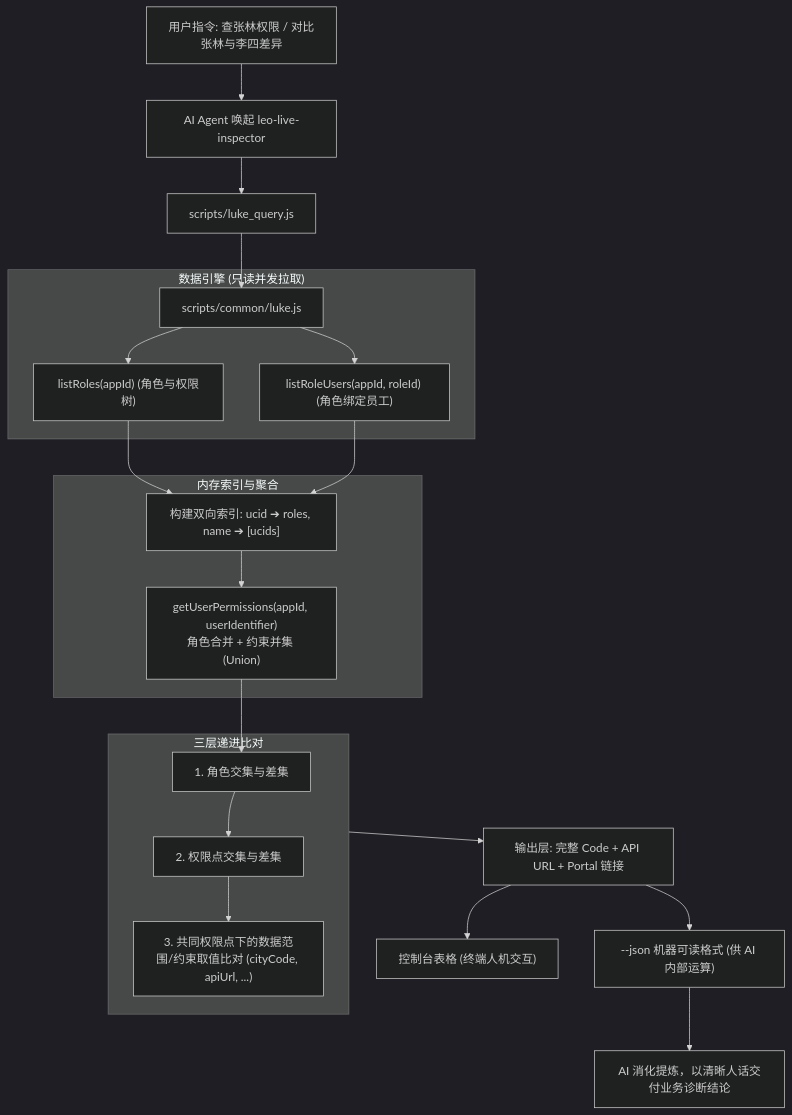
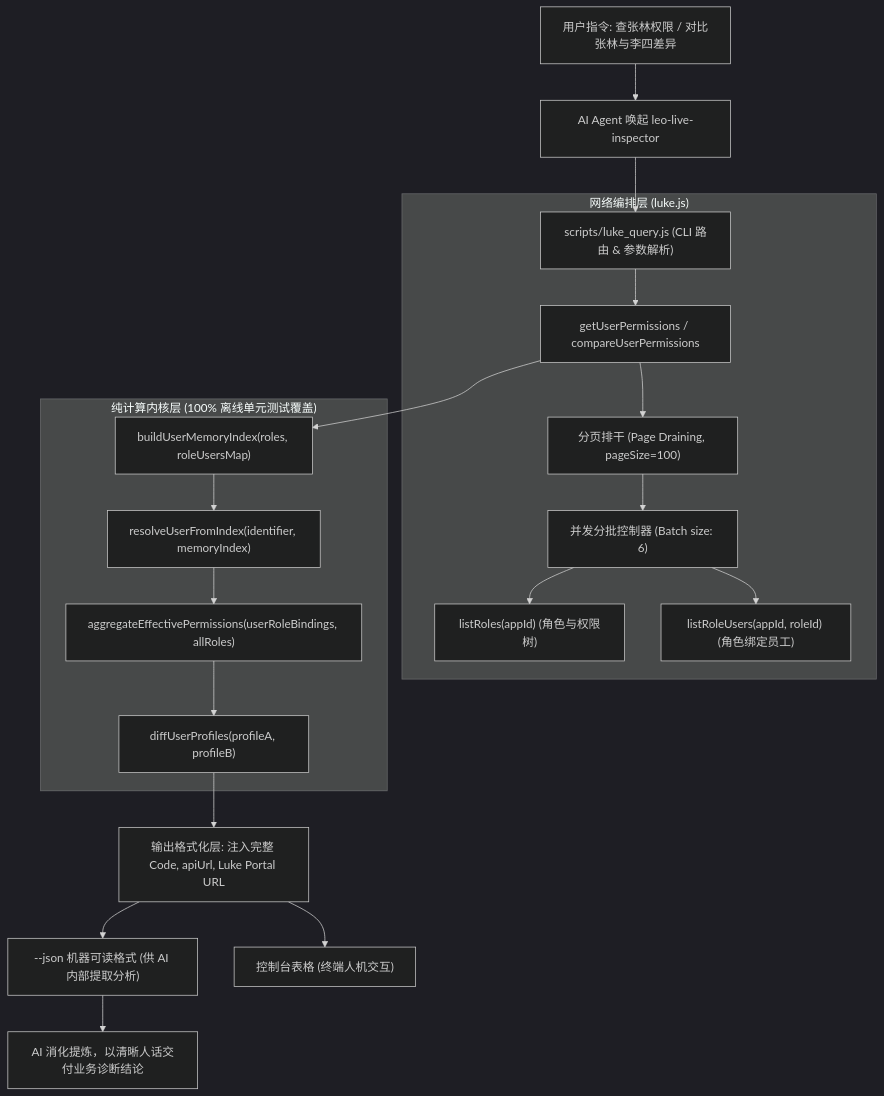
The diagram in docs/superpowers/specs/2026-10-28-luke-user-permission-diff-design.md (zlpawn/leo-live-runner), drawn with Mermaid (dark theme) before and after one commit. The commit also changed other lines of this file, not shown here.

Commit message:
docs(spec): address review feedback with 2-layer decoupled architecture, url templates and hermetic test design

````diff
--- a/docs/superpowers/specs/2026-10-28-luke-user-permission-diff-design.md
+++ b/docs/superpowers/specs/2026-10-28-luke-user-permission-diff-design.md
@@ -46,27 +49,25 @@
 ```mermaid
 flowchart TD
     UserQuery["用户指令: 查张林权限 / 对比张林与李四差异"] --> AI["AI Agent 唤起 leo-live-inspector"]
-    AI --> CLI["scripts/luke_query.js"]
-    CLI --> Core["scripts/common/luke.js"]
+    AI --> CLI["scripts/luke_query.js (CLI 路由 & 参数解析)"]
     
-    subgraph DataEngine ["数据引擎 (只读并发拉取)"]
-        Core --> R1["listRoles(appId) (角色与权限树)"]
-        Core --> R2["listRoleUsers(appId, roleId) (角色绑定员工)"]
+    subgraph NetworkOrchestrator ["网络编排层 (luke.js)"]
+        CLI --> NetFetch["getUserPermissions / compareUserPermissions"]
+        NetFetch --> Paging["分页排干 (Page Draining, pageSize=100)"]
+        Paging --> Concurrency["并发分批控制器 (Batch size: 6)"]
+        Concurrency --> R1["listRoles(appId) (角色与权限树)"]
+        Concurrency --> R2["listRoleUsers(appId, roleId) (角色绑定员工)"]
     end
     
-    subgraph MemoryIndex ["内存索引与聚合"]
-        R1 & R2 --> BIndex["构建双向索引: ucid ➔ roles, name ➔ [ucids]"]
-        BIndex --> Agg["getUserPermissions(appId, userIdentifier)<br/>角色合并 + 约束并集 (Union)"]
+    subgraph PureCore ["纯计算内核层 (100% 离线单元测试覆盖)"]
+        NetFetch --> Indexer["buildUserMemoryIndex(roles, roleUsersMap)"]
+        Indexer --> Resolver["resolveUserFromIndex(identifier, memoryIndex)"]
+        Resolver --> Aggregator["aggregateEffectivePermissions(userRoleBindings, allRoles)"]
+        Aggregator --> DiffCalc["diffUserProfiles(profileA, profileB)"]
     end
     
-    subgraph DiffEngine ["三层递进比对"]
-        Agg --> D1["1. 角色交集与差集"]
-        D1 --> D2["2. 权限点交集与差集"]
-        D2 --> D3["3. 共同权限点下的数据范围/约束取值比对 (cityCode, apiUrl, ...)"]
-    end
-    
-    DiffEngine --> Formatter["输出层: 完整 Code + API URL + Portal 链接"]
-    Formatter --> OutJSON["--json 机器可读格式 (供 AI 内部运算)"]
+    DiffCalc --> Formatter["输出格式化层: 注入完整 Code, apiUrl, Luke Portal URL"]
+    Formatter --> OutJSON["--json 机器可读格式 (供 AI 内部提取分析)"]
     Formatter --> OutTable["控制台表格 (终端人机交互)"]
     OutJSON --> AI_NL["AI 消化提炼，以清晰人话交付业务诊断结论"]
 ```
````
